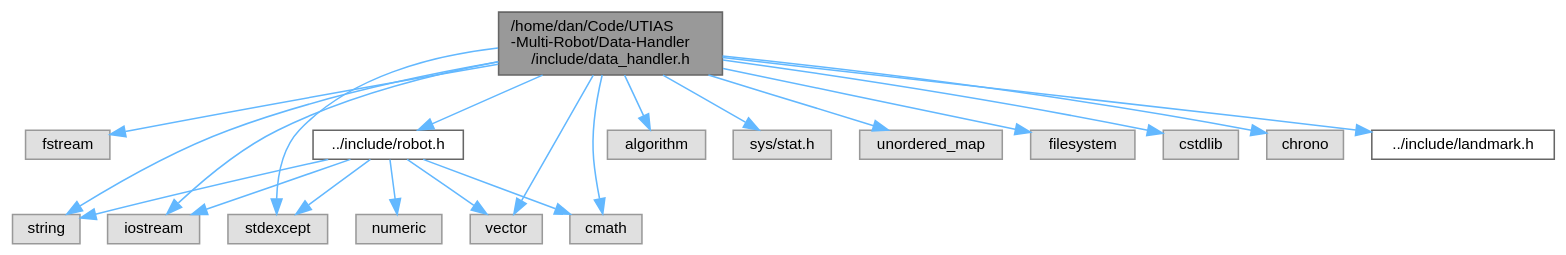
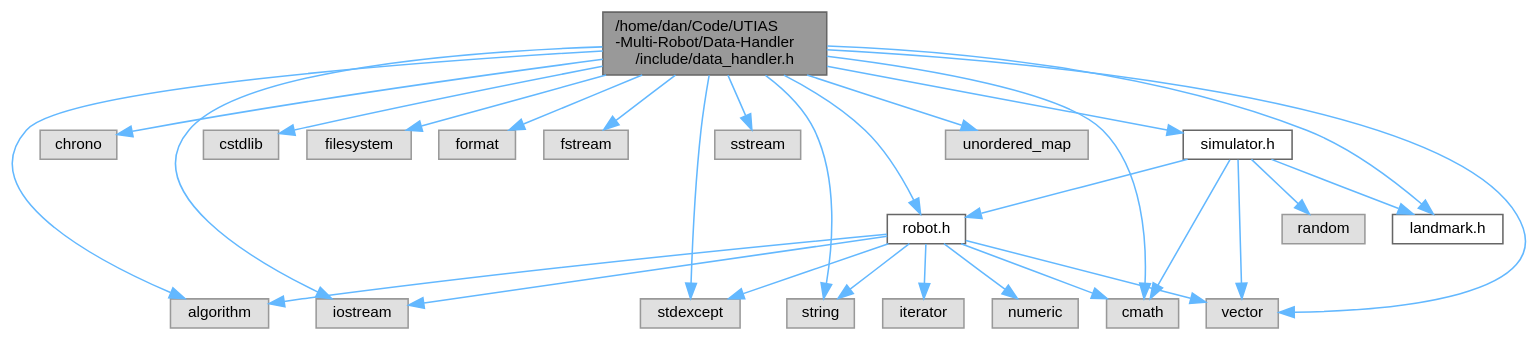
Before and after one commit to DanielIngham/Cooperative-Positioning-Data-Handler: the diagram in docs/data__handler_8h__incl.dot, drawn with Graphviz. The commit also changed 105 other files, not shown here.

```diff
--- a/docs/data__handler_8h__incl.dot
+++ b/docs/data__handler_8h__incl.dot
@@ -1,43 +1,56 @@
 digraph "/home/dan/Code/UTIAS-Multi-Robot/Data-Handler/include/data_handler.h"
 {
  // LATEX_PDF_SIZE
   bgcolor="transparent";
   edge [fontname=Helvetica,fontsize=10,labelfontname=Helvetica,labelfontsize=10];
   node [fontname=Helvetica,fontsize=10,shape=box,height=0.2,width=0.4];
   Node1 [id="Node000001",label="/home/dan/Code/UTIAS\l-Multi-Robot/Data-Handler\l/include/data_handler.h",height=0.2,width=0.4,color="gray40", fillcolor="grey60", style="filled", fontcolor="black",tooltip=" "];
   Node1 -> Node2 [id="edge1_Node000001_Node000002",color="steelblue1",style="solid",tooltip=" "];
-  Node2 [id="Node000002",label="fstream",height=0.2,width=0.4,color="grey60", fillcolor="#E0E0E0", style="filled",tooltip=" "];
+  Node2 [id="Node000002",label="algorithm",height=0.2,width=0.4,color="grey60", fillcolor="#E0E0E0", style="filled",tooltip=" "];
   Node1 -> Node3 [id="edge2_Node000001_Node000003",color="steelblue1",style="solid",tooltip=" "];
-  Node3 [id="Node000003",label="string",height=0.2,width=0.4,color="grey60", fillcolor="#E0E0E0", style="filled",tooltip=" "];
+  Node3 [id="Node000003",label="chrono",height=0.2,width=0.4,color="grey60", fillcolor="#E0E0E0", style="filled",tooltip=" "];
   Node1 -> Node4 [id="edge3_Node000001_Node000004",color="steelblue1",style="solid",tooltip=" "];
-  Node4 [id="Node000004",label="algorithm",height=0.2,width=0.4,color="grey60", fillcolor="#E0E0E0", style="filled",tooltip=" "];
+  Node4 [id="Node000004",label="cmath",height=0.2,width=0.4,color="grey60", fillcolor="#E0E0E0", style="filled",tooltip=" "];
   Node1 -> Node5 [id="edge4_Node000001_Node000005",color="steelblue1",style="solid",tooltip=" "];
-  Node5 [id="Node000005",label="iostream",height=0.2,width=0.4,color="grey60", fillcolor="#E0E0E0", style="filled",tooltip=" "];
+  Node5 [id="Node000005",label="cstdlib",height=0.2,width=0.4,color="grey60", fillcolor="#E0E0E0", style="filled",tooltip=" "];
   Node1 -> Node6 [id="edge5_Node000001_Node000006",color="steelblue1",style="solid",tooltip=" "];
-  Node6 [id="Node000006",label="stdexcept",height=0.2,width=0.4,color="grey60", fillcolor="#E0E0E0", style="filled",tooltip=" "];
+  Node6 [id="Node000006",label="filesystem",height=0.2,width=0.4,color="grey60", fillcolor="#E0E0E0", style="filled",tooltip=" "];
   Node1 -> Node7 [id="edge6_Node000001_Node000007",color="steelblue1",style="solid",tooltip=" "];
-  Node7 [id="Node000007",label="sys/stat.h",height=0.2,width=0.4,color="grey60", fillcolor="#E0E0E0", style="filled",tooltip=" "];
+  Node7 [id="Node000007",label="format",height=0.2,width=0.4,color="grey60", fillcolor="#E0E0E0", style="filled",tooltip=" "];
   Node1 -> Node8 [id="edge7_Node000001_Node000008",color="steelblue1",style="solid",tooltip=" "];
-  Node8 [id="Node000008",label="vector",height=0.2,width=0.4,color="grey60", fillcolor="#E0E0E0", style="filled",tooltip=" "];
+  Node8 [id="Node000008",label="fstream",height=0.2,width=0.4,color="grey60", fillcolor="#E0E0E0", style="filled",tooltip=" "];
   Node1 -> Node9 [id="edge8_Node000001_Node000009",color="steelblue1",style="solid",tooltip=" "];
-  Node9 [id="Node000009",label="cmath",height=0.2,width=0.4,color="grey60", fillcolor="#E0E0E0", style="filled",tooltip=" "];
+  Node9 [id="Node000009",label="iostream",height=0.2,width=0.4,color="grey60", fillcolor="#E0E0E0", style="filled",tooltip=" "];
   Node1 -> Node10 [id="edge9_Node000001_Node000010",color="steelblue1",style="solid",tooltip=" "];
-  Node10 [id="Node000010",label="unordered_map",height=0.2,width=0.4,color="grey60", fillcolor="#E0E0E0", style="filled",tooltip=" "];
+  Node10 [id="Node000010",label="sstream",height=0.2,width=0.4,color="grey60", fillcolor="#E0E0E0", style="filled",tooltip=" "];
   Node1 -> Node11 [id="edge10_Node000001_Node000011",color="steelblue1",style="solid",tooltip=" "];
-  Node11 [id="Node000011",label="filesystem",height=0.2,width=0.4,color="grey60", fillcolor="#E0E0E0", style="filled",tooltip=" "];
+  Node11 [id="Node000011",label="stdexcept",height=0.2,width=0.4,color="grey60", fillcolor="#E0E0E0", style="filled",tooltip=" "];
   Node1 -> Node12 [id="edge11_Node000001_Node000012",color="steelblue1",style="solid",tooltip=" "];
-  Node12 [id="Node000012",label="cstdlib",height=0.2,width=0.4,color="grey60", fillcolor="#E0E0E0", style="filled",tooltip=" "];
+  Node12 [id="Node000012",label="string",height=0.2,width=0.4,color="grey60", fillcolor="#E0E0E0", style="filled",tooltip=" "];
   Node1 -> Node13 [id="edge12_Node000001_Node000013",color="steelblue1",style="solid",tooltip=" "];
-  Node13 [id="Node000013",label="chrono",height=0.2,width=0.4,color="grey60", fillcolor="#E0E0E0", style="filled",tooltip=" "];
+  Node13 [id="Node000013",label="unordered_map",height=0.2,width=0.4,color="grey60", fillcolor="#E0E0E0", style="filled",tooltip=" "];
   Node1 -> Node14 [id="edge13_Node000001_Node000014",color="steelblue1",style="solid",tooltip=" "];
-  Node14 [id="Node000014",label="../include/robot.h",height=0.2,width=0.4,color="grey40", fillcolor="white", style="filled",URL="$robot_8h.html",tooltip="Header file of the Robot class."];
-  Node14 -> Node8 [id="edge14_Node000014_Node000008",color="steelblue1",style="solid",tooltip=" "];
-  Node14 -> Node6 [id="edge15_Node000014_Node000006",color="steelblue1",style="solid",tooltip=" "];
-  Node14 -> Node3 [id="edge16_Node000014_Node000003",color="steelblue1",style="solid",tooltip=" "];
-  Node14 -> Node5 [id="edge17_Node000014_Node000005",color="steelblue1",style="solid",tooltip=" "];
-  Node14 -> Node15 [id="edge18_Node000014_Node000015",color="steelblue1",style="solid",tooltip=" "];
-  Node15 [id="Node000015",label="numeric",height=0.2,width=0.4,color="grey60", fillcolor="#E0E0E0", style="filled",tooltip=" "];
-  Node14 -> Node9 [id="edge19_Node000014_Node000009",color="steelblue1",style="solid",tooltip=" "];
-  Node1 -> Node16 [id="edge20_Node000001_Node000016",color="steelblue1",style="solid",tooltip=" "];
-  Node16 [id="Node000016",label="../include/landmark.h",height=0.2,width=0.4,color="grey40", fillcolor="white", style="filled",URL="$landmark_8h.html",tooltip="Header file of the Landmark struct."];
+  Node14 [id="Node000014",label="vector",height=0.2,width=0.4,color="grey60", fillcolor="#E0E0E0", style="filled",tooltip=" "];
+  Node1 -> Node15 [id="edge14_Node000001_Node000015",color="steelblue1",style="solid",tooltip=" "];
+  Node15 [id="Node000015",label="landmark.h",height=0.2,width=0.4,color="grey40", fillcolor="white", style="filled",URL="$landmark_8h.html",tooltip="Header file of the Landmark struct."];
+  Node1 -> Node16 [id="edge15_Node000001_Node000016",color="steelblue1",style="solid",tooltip=" "];
+  Node16 [id="Node000016",label="robot.h",height=0.2,width=0.4,color="grey40", fillcolor="white", style="filled",URL="$robot_8h.html",tooltip="Header file of the Robot class."];
+  Node16 -> Node2 [id="edge16_Node000016_Node000002",color="steelblue1",style="solid",tooltip=" "];
+  Node16 -> Node4 [id="edge17_Node000016_Node000004",color="steelblue1",style="solid",tooltip=" "];
+  Node16 -> Node9 [id="edge18_Node000016_Node000009",color="steelblue1",style="solid",tooltip=" "];
+  Node16 -> Node17 [id="edge19_Node000016_Node000017",color="steelblue1",style="solid",tooltip=" "];
+  Node17 [id="Node000017",label="iterator",height=0.2,width=0.4,color="grey60", fillcolor="#E0E0E0", style="filled",tooltip=" "];
+  Node16 -> Node18 [id="edge20_Node000016_Node000018",color="steelblue1",style="solid",tooltip=" "];
+  Node18 [id="Node000018",label="numeric",height=0.2,width=0.4,color="grey60", fillcolor="#E0E0E0", style="filled",tooltip=" "];
+  Node16 -> Node11 [id="edge21_Node000016_Node000011",color="steelblue1",style="solid",tooltip=" "];
+  Node16 -> Node12 [id="edge22_Node000016_Node000012",color="steelblue1",style="solid",tooltip=" "];
+  Node16 -> Node14 [id="edge23_Node000016_Node000014",color="steelblue1",style="solid",tooltip=" "];
+  Node1 -> Node19 [id="edge24_Node000001_Node000019",color="steelblue1",style="solid",tooltip=" "];
+  Node19 [id="Node000019",label="simulator.h",height=0.2,width=0.4,color="grey40", fillcolor="white", style="filled",URL="$simulator_8h.html",tooltip="Header file of the Simulator class,."];
+  Node19 -> Node4 [id="edge25_Node000019_Node000004",color="steelblue1",style="solid",tooltip=" "];
+  Node19 -> Node20 [id="edge26_Node000019_Node000020",color="steelblue1",style="solid",tooltip=" "];
+  Node20 [id="Node000020",label="random",height=0.2,width=0.4,color="grey60", fillcolor="#E0E0E0", style="filled",tooltip=" "];
+  Node19 -> Node14 [id="edge27_Node000019_Node000014",color="steelblue1",style="solid",tooltip=" "];
+  Node19 -> Node15 [id="edge28_Node000019_Node000015",color="steelblue1",style="solid",tooltip=" "];
+  Node19 -> Node16 [id="edge29_Node000019_Node000016",color="steelblue1",style="solid",tooltip=" "];
 }
```
